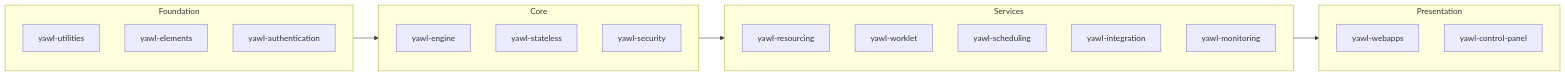
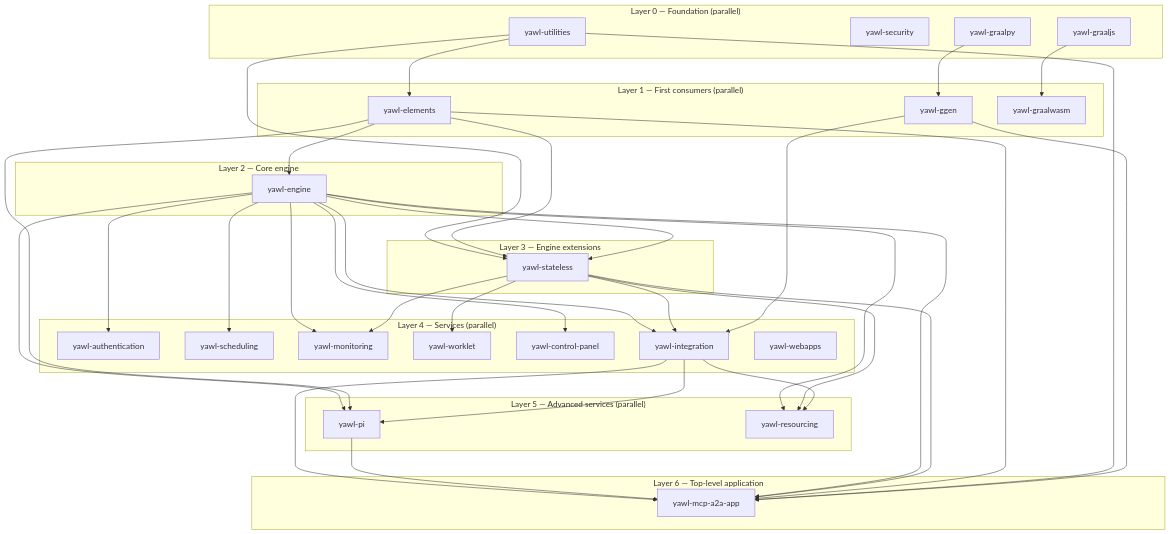
One commit to seanchatmangpt/yawl changed the diagram in docs/v6/diagrams/reactor-map.mmd. Above: the diagram before and after it, drawn with Mermaid. The commit also changed 5 other files, not shown here.

First line of the commit message:
docs: map all 19-module build sequences + fix reactor ordering bugs

```diff
--- a/docs/v6/diagrams/reactor-map.mmd
+++ b/docs/v6/diagrams/reactor-map.mmd
@@ -1,29 +1,70 @@
-graph LR
-    subgraph Foundation
-        yawl-utilities
-        yawl-elements
-        yawl-authentication
+graph TD
+    subgraph L0["Layer 0 — Foundation (parallel)"]
+        U[yawl-utilities]
+        SEC[yawl-security]
+        GPY[yawl-graalpy]
+        GJS[yawl-graaljs]
     end
 
-    subgraph Core
-        yawl-engine
-        yawl-stateless
-        yawl-security
+    subgraph L1["Layer 1 — First consumers (parallel)"]
+        EL[yawl-elements]
+        GG[yawl-ggen]
+        GW[yawl-graalwasm]
     end
 
-    subgraph Services
-        yawl-resourcing
-        yawl-worklet
-        yawl-scheduling
-        yawl-integration
-        yawl-monitoring
+    subgraph L2["Layer 2 — Core engine"]
+        EN[yawl-engine]
     end
 
-    subgraph Presentation
-        yawl-webapps
-        yawl-control-panel
+    subgraph L3["Layer 3 — Engine extensions"]
+        SL[yawl-stateless]
     end
 
-    Foundation --> Core
-    Core --> Services
-    Services --> Presentation
+    subgraph L4["Layer 4 — Services (parallel)"]
+        AU[yawl-authentication]
+        SC[yawl-scheduling]
+        MO[yawl-monitoring]
+        WK[yawl-worklet]
+        CP[yawl-control-panel]
+        IN[yawl-integration]
+        WA[yawl-webapps]
+    end
+
+    subgraph L5["Layer 5 — Advanced services (parallel)"]
+        PI[yawl-pi]
+        RS[yawl-resourcing]
+    end
+
+    subgraph L6["Layer 6 — Top-level application"]
+        MCP[yawl-mcp-a2a-app]
+    end
+
+    U --> EL
+    GPY --> GG
+    GJS --> GW
+    EL --> EN
+    U --> SL
+    EL --> SL
+    EN --> SL
+    EN --> AU
+    EN --> SC
+    EN --> MO
+    SL --> MO
+    SL --> WK
+    EN --> CP
+    EN --> IN
+    SL --> IN
+    GG --> IN
+    EN --> PI
+    EL --> PI
+    IN --> PI
+    EN --> RS
+    SL --> RS
+    IN --> RS
+    IN --> MCP
+    PI --> MCP
+    EN --> MCP
+    SL --> MCP
+    EL --> MCP
+    U --> MCP
+    GG --> MCP
```
